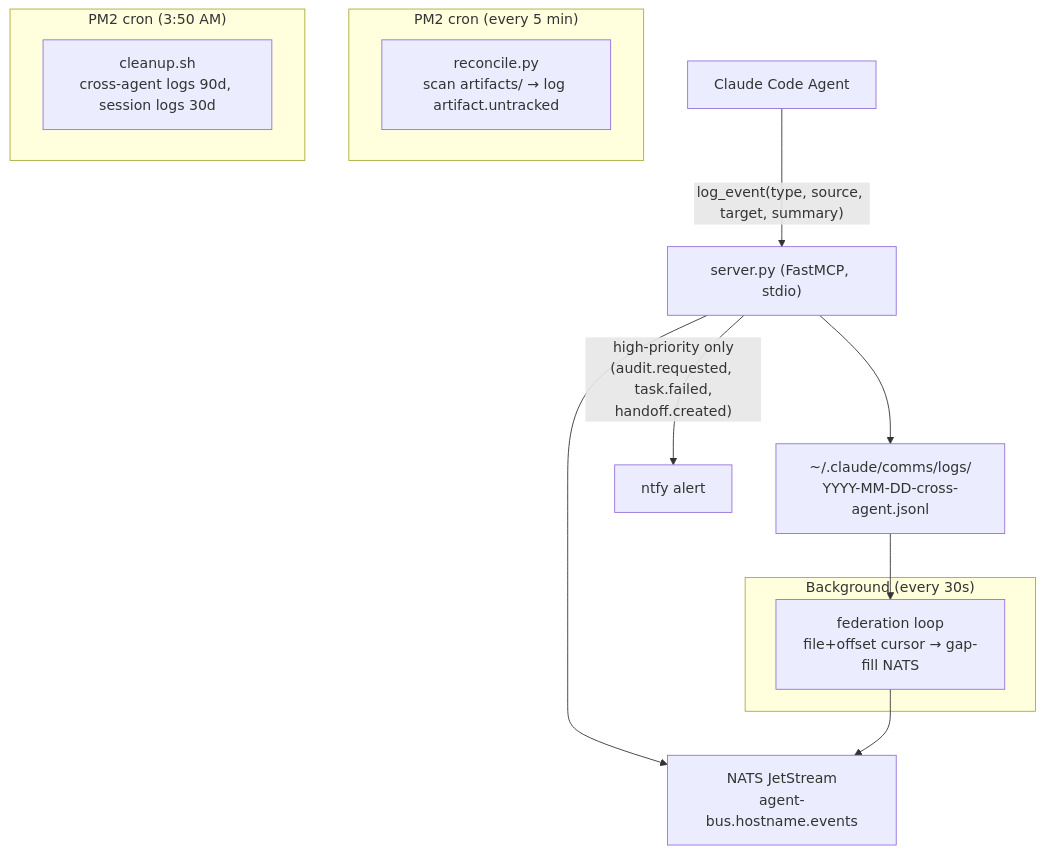
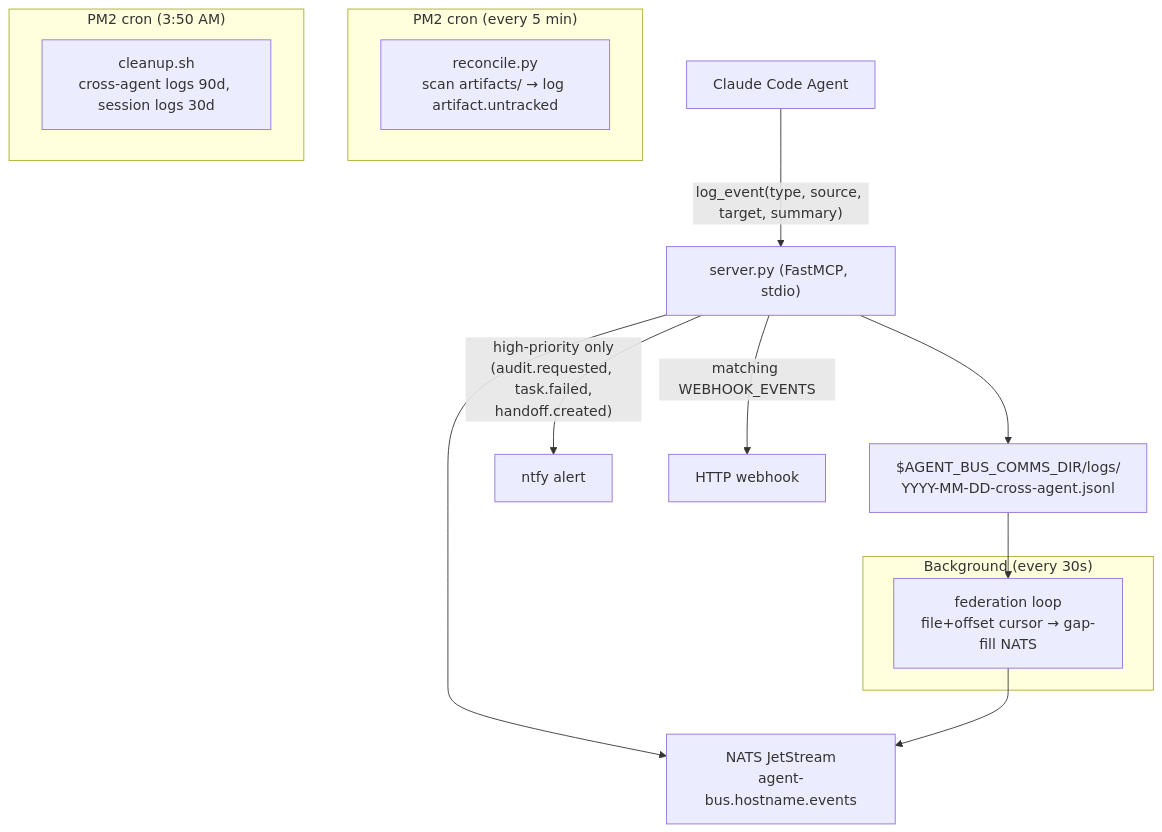
The diagram in docs/components/agent-bus.md (TadMSTR/homelab-agent), drawn with Mermaid before and after one commit. The commit also changed other lines of this file, not shown here.

First line of the commit message:
docs(agent-bus): reflect showcase-polish build additions

````diff
--- a/docs/components/agent-bus.md
+++ b/docs/components/agent-bus.md
@@ -21,21 +21,22 @@
 ```mermaid
 graph TD
     Agent["Claude Code Agent"] -->|"log_event(type, source, target, summary)"| Server["server.py (FastMCP, stdio)"]
 
-    Server --> Log["~/.claude/comms/logs/<br/>YYYY-MM-DD-cross-agent.jsonl"]
+    Server --> Log["$AGENT_BUS_COMMS_DIR/logs/<br/>YYYY-MM-DD-cross-agent.jsonl"]
     Server --> NATS["NATS JetStream<br/>agent-bus.hostname.events"]
     Server -->|"high-priority only<br/>(audit.requested, task.failed,<br/>handoff.created)"| Ntfy["ntfy alert"]
+    Server -->|"matching WEBHOOK_EVENTS"| Webhook["HTTP webhook"]
 
     subgraph "Background (every 30s)"
         FedLoop["federation loop<br/>file+offset cursor → gap-fill NATS"]
     end
     Log --> FedLoop --> NATS
 
     subgraph "PM2 cron (every 5 min)"
         Reconcile["reconcile.py<br/>scan artifacts/ → log artifact.untracked"]
     end
 
     subgraph "PM2 cron (3:50 AM)"
         Cleanup["cleanup.sh<br/>cross-agent logs 90d, session logs 30d"]
     end
 ```
````
